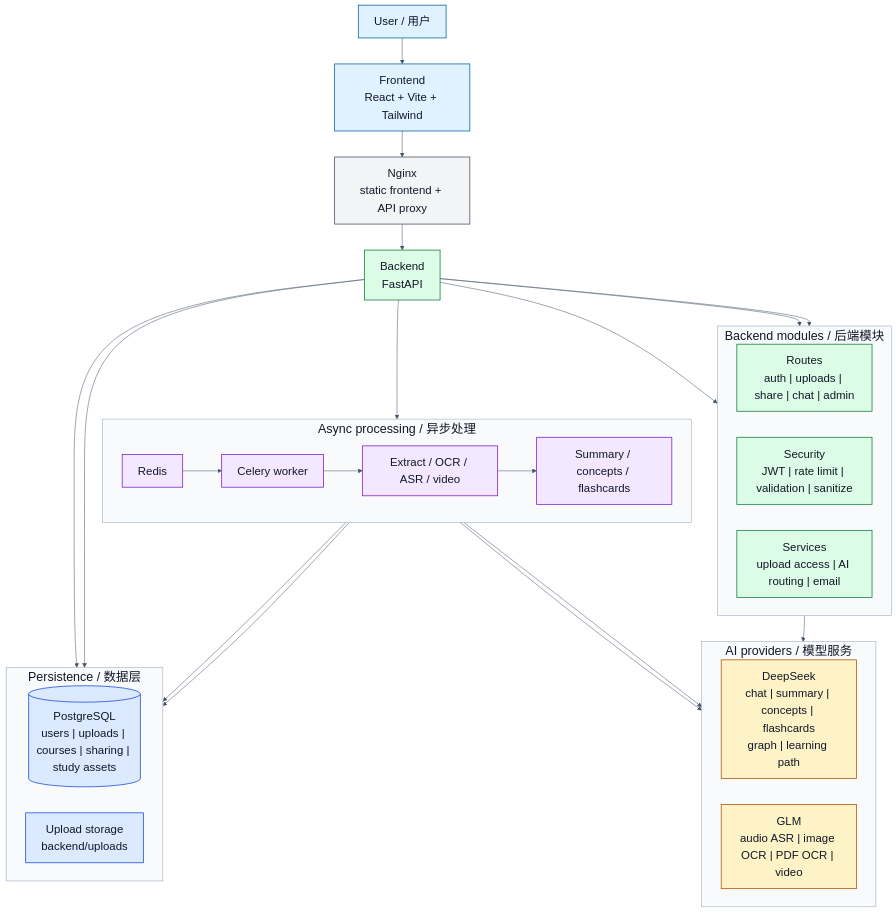
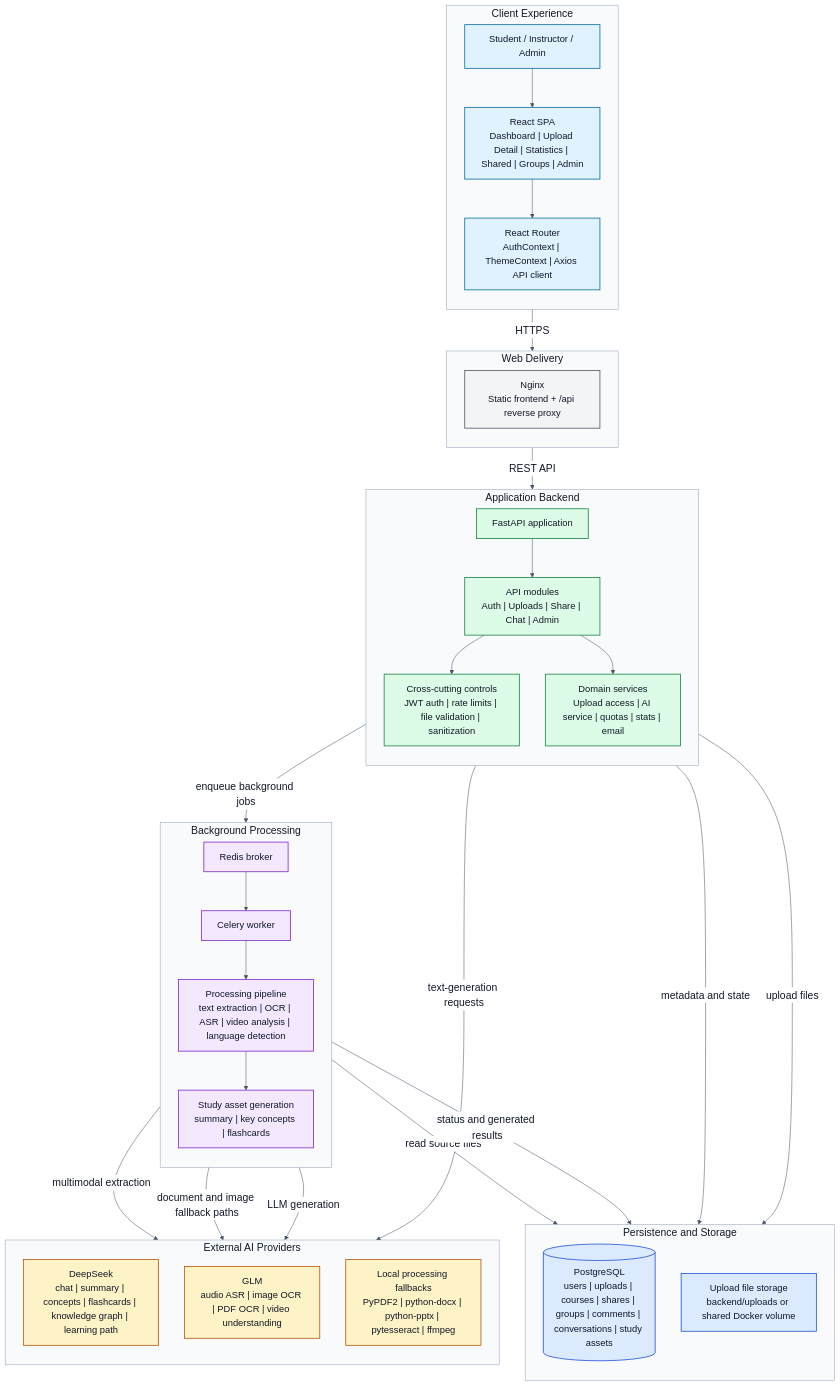
One commit to cz2112/ai- changed the first of 2 diagrams in README.md. Above: the diagram before and after it, drawn with Mermaid. The commit also changed other lines of this file, not shown here.

````diff
--- a/README.md
+++ b/README.md
@@ -99,6 +99,6 @@
 ```mermaid
 %%{init: {'theme': 'base', 'themeVariables': {
-  'fontSize': '24px',
+  'fontSize': '20px',
   'fontFamily': 'Segoe UI, Arial, sans-serif',
   'textColor': '#111827',
   'primaryTextColor': '#111827',
@@ -108,70 +108,82 @@
   'edgeLabelBackground': '#ffffff'
 }}}%%
 flowchart TB
-    User["User / 用户"]
-    Frontend["Frontend<br/>React + Vite + Tailwind"]
-    Nginx["Nginx<br/>static frontend + API proxy"]
-    Backend["Backend<br/>FastAPI"]
-
-    User --> Frontend --> Nginx --> Backend
-
-    subgraph BackendModules["Backend modules / 后端模块"]
-        direction LR
-        Routes["Routes<br/>auth | uploads | share | chat | admin"]
-        Security["Security<br/>JWT | rate limit | validation | sanitize"]
-        Services["Services<br/>upload access | AI routing | email"]
+    subgraph Client["Client Experience"]
+        direction TB
+        User["Student / Instructor / Admin"]
+        UI["React SPA<br/>Dashboard | Upload Detail | Statistics | Shared | Groups | Admin"]
+        ClientRuntime["React Router<br/>AuthContext | ThemeContext | Axios API client"]
+        User --> UI --> ClientRuntime
     end
 
-    subgraph Async["Async processing / 异步处理"]
-        direction LR
-        Redis["Redis"]
-        Worker["Celery worker"]
-        Extract["Extract / OCR / ASR / video"]
-        Generate["Summary / concepts / flashcards"]
+    subgraph Delivery["Web Delivery"]
+        direction TB
+        Nginx["Nginx<br/>Static frontend + /api reverse proxy"]
     end
 
-    subgraph Data["Persistence / 数据层"]
-        direction LR
-        DB[("PostgreSQL<br/>users | uploads | courses | sharing | study assets")]
-        Storage["Upload storage<br/>backend/uploads"]
+    subgraph Application["Application Backend"]
+        direction TB
+        FastAPI["FastAPI application"]
+        APIs["API modules<br/>Auth | Uploads | Share | Chat | Admin"]
+        Controls["Cross-cutting controls<br/>JWT auth | rate limits | file validation | sanitization"]
+        Domain["Domain services<br/>Upload access | AI service | quotas | stats | email"]
+        FastAPI --> APIs
+        APIs --> Controls
+        APIs --> Domain
     end
 
-    subgraph AI["AI providers / 模型服务"]
-        direction LR
-        DeepSeek["DeepSeek<br/>chat | summary | concepts | flashcards<br/>graph | learning path"]
-        GLM["GLM<br/>audio ASR | image OCR | PDF OCR | video"]
+    subgraph Async["Background Processing"]
+        direction TB
+        Redis["Redis broker"]
+        Worker["Celery worker"]
+        Pipeline["Processing pipeline<br/>text extraction | OCR | ASR | video analysis | language detection"]
+        Assets["Study asset generation<br/>summary | key concepts | flashcards"]
+        Redis --> Worker --> Pipeline --> Assets
     end
 
-    Backend --> Routes
-    Backend --> Security
-    Backend --> Services
+    subgraph Persistence["Persistence and Storage"]
+        direction TB
+        DB[("PostgreSQL<br/>users | uploads | courses | shares | groups | comments | conversations | study assets")]
+        Files["Upload file storage<br/>backend/uploads or shared Docker volume"]
+    end
 
-    Backend --> DB
-    Backend --> Storage
-    Backend --> Redis
-    Redis --> Worker --> Extract --> Generate
-    Worker --> Storage
-    Worker --> DB
-    Extract --> GLM
-    Generate --> DeepSeek
-    Services --> DeepSeek
+    subgraph Providers["External AI Providers"]
+        direction TB
+        DeepSeek["DeepSeek<br/>chat | summary | concepts | flashcards | knowledge graph | learning path"]
+        GLM["GLM<br/>audio ASR | image OCR | PDF OCR | video understanding"]
+        Fallbacks["Local processing fallbacks<br/>PyPDF2 | python-docx | python-pptx | pytesseract | ffmpeg"]
+    end
 
-    classDef client fill:#e0f2fe,stroke:#0369a1,stroke-width:1.5px,color:#111827,font-size:22px;
-    classDef edge fill:#f3f4f6,stroke:#4b5563,stroke-width:1.5px,color:#111827,font-size:22px;
-    classDef backend fill:#dcfce7,stroke:#15803d,stroke-width:1.5px,color:#111827,font-size:22px;
-    classDef async fill:#f3e8ff,stroke:#7e22ce,stroke-width:1.5px,color:#111827,font-size:22px;
-    classDef data fill:#dbeafe,stroke:#1d4ed8,stroke-width:1.5px,color:#111827,font-size:22px;
-    classDef ai fill:#fef3c7,stroke:#b45309,stroke-width:1.5px,color:#111827,font-size:22px;
+    UI -->|HTTPS| Nginx
+    Nginx -->|REST API| FastAPI
+    FastAPI -->|metadata and state| DB
+    FastAPI -->|upload files| Files
+    FastAPI -->|enqueue background jobs| Redis
+    Domain -->|text-generation requests| DeepSeek
+    Worker -->|read source files| Files
+    Worker -->|status and generated results| DB
+    Pipeline -->|multimodal extraction| GLM
+    Pipeline -->|document and image fallback paths| Fallbacks
+    Assets -->|LLM generation| DeepSeek
 
-    class User,Frontend client;
+    classDef client fill:#e0f2fe,stroke:#0369a1,stroke-width:1.5px,color:#111827,font-size:18px;
+    classDef edge fill:#f3f4f6,stroke:#4b5563,stroke-width:1.5px,color:#111827,font-size:18px;
+    classDef backend fill:#dcfce7,stroke:#15803d,stroke-width:1.5px,color:#111827,font-size:18px;
+    classDef async fill:#f3e8ff,stroke:#7e22ce,stroke-width:1.5px,color:#111827,font-size:18px;
+    classDef data fill:#dbeafe,stroke:#1d4ed8,stroke-width:1.5px,color:#111827,font-size:18px;
+    classDef ai fill:#fef3c7,stroke:#b45309,stroke-width:1.5px,color:#111827,font-size:18px;
+
+    class User,UI,ClientRuntime client;
     class Nginx edge;
-    class Backend,Routes,Security,Services backend;
-    class Redis,Worker,Extract,Generate async;
-    class DB,Storage data;
-    class DeepSeek,GLM ai;
+    class FastAPI,APIs,Controls,Domain backend;
+    class Redis,Worker,Pipeline,Assets async;
+    class DB,Files data;
+    class DeepSeek,GLM,Fallbacks ai;
 
-    style BackendModules fill:#f8fafc,stroke:#94a3b8,stroke-width:1px,color:#111827;
+    style Client fill:#f8fafc,stroke:#94a3b8,stroke-width:1px,color:#111827;
+    style Delivery fill:#f8fafc,stroke:#94a3b8,stroke-width:1px,color:#111827;
+    style Application fill:#f8fafc,stroke:#94a3b8,stroke-width:1px,color:#111827;
     style Async fill:#f8fafc,stroke:#94a3b8,stroke-width:1px,color:#111827;
-    style Data fill:#f8fafc,stroke:#94a3b8,stroke-width:1px,color:#111827;
-    style AI fill:#f8fafc,stroke:#94a3b8,stroke-width:1px,color:#111827;
+    style Persistence fill:#f8fafc,stroke:#94a3b8,stroke-width:1px,color:#111827;
+    style Providers fill:#f8fafc,stroke:#94a3b8,stroke-width:1px,color:#111827;
 ```
````
